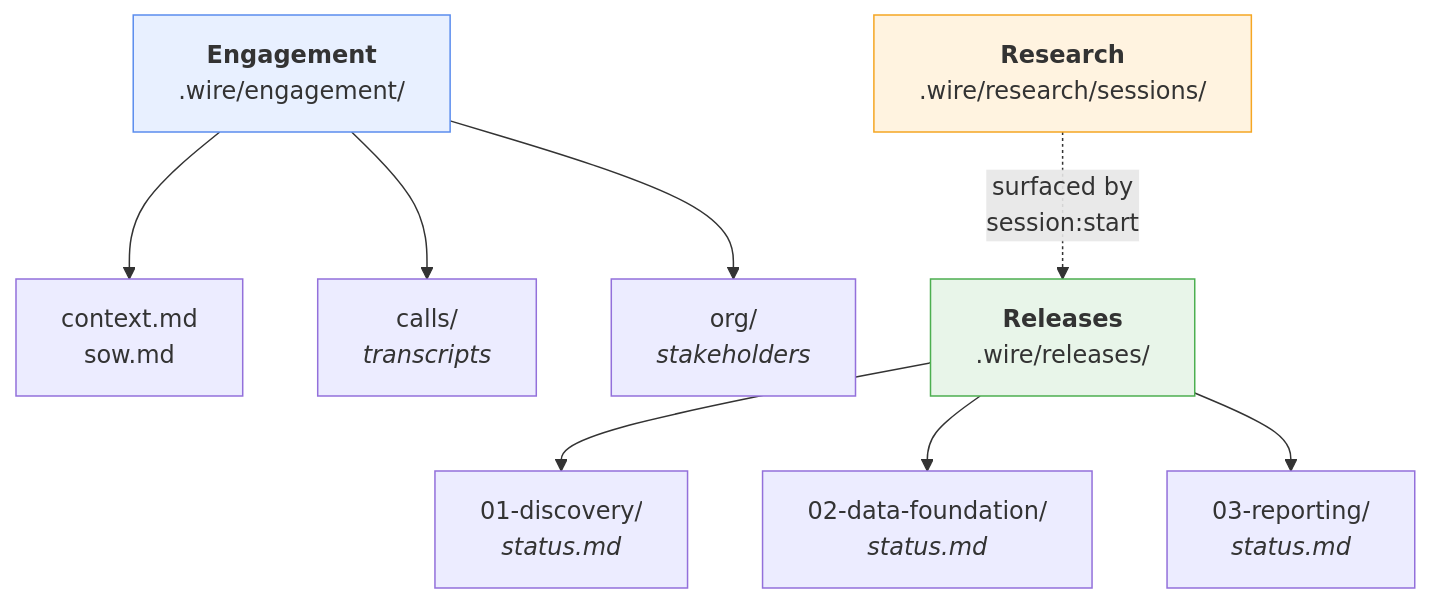
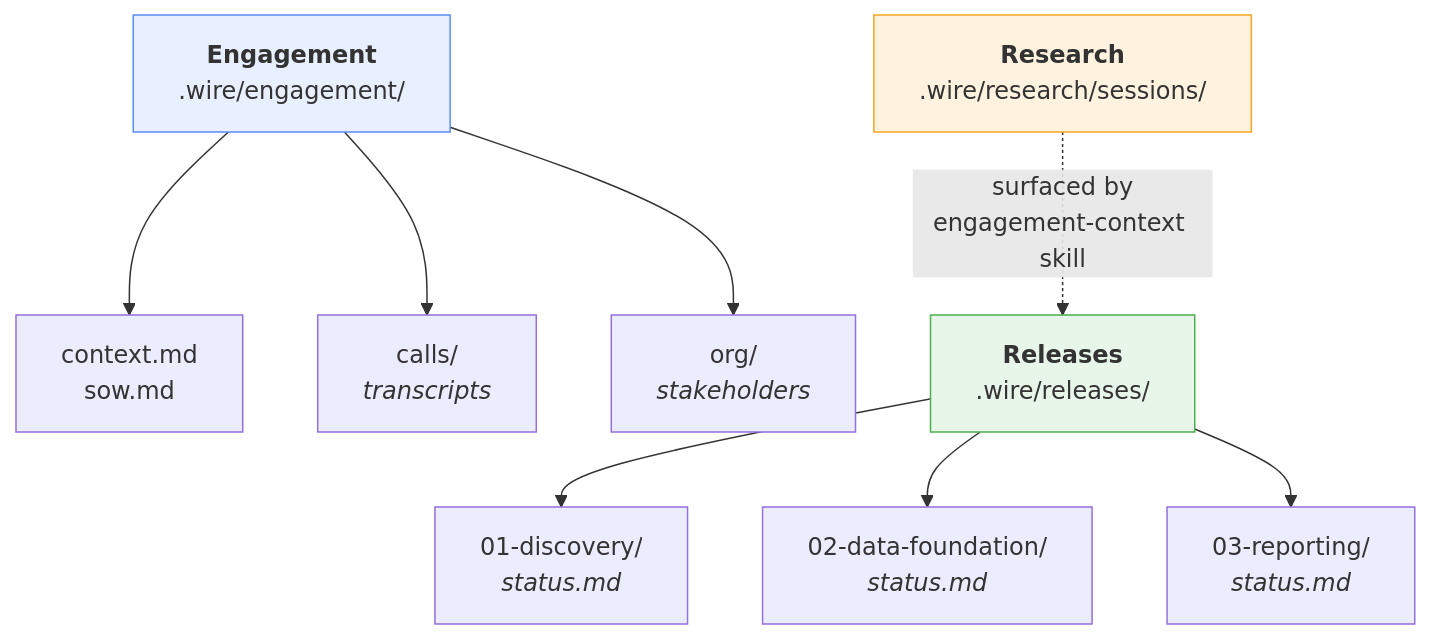
Before and after one commit to rittmananalytics/wire-plugin: the second of 15 diagrams in USER_GUIDE.md, drawn with Mermaid. The commit also changed other lines of this file and 192 other files, not shown here.

````diff
--- a/USER_GUIDE.md
+++ b/USER_GUIDE.md
@@ -150,24 +153,24 @@
 ```mermaid
 graph TD
     ENG["<b>Engagement</b><br/>.wire/engagement/"]
     SOW["context.md<br/>sow.md"]
     CALLS["calls/<br/><i>transcripts</i>"]
     ORG["org/<br/><i>stakeholders</i>"]
     RESEARCH["<b>Research</b><br/>.wire/research/sessions/"]
     RELEASES["<b>Releases</b><br/>.wire/releases/"]
     R1["01-discovery/<br/><i>status.md</i>"]
     R2["02-data-foundation/<br/><i>status.md</i>"]
     R3["03-reporting/<br/><i>status.md</i>"]
 
     ENG --> SOW
     ENG --> CALLS
     ENG --> ORG
-    RESEARCH -.->|"surfaced by<br/>session:start"| RELEASES
+    RESEARCH -.->|"surfaced by<br/>engagement-context skill"| RELEASES
     RELEASES --> R1
     RELEASES --> R2
     RELEASES --> R3
 
     style ENG fill:#e8f0ff,stroke:#5b8dee
     style RESEARCH fill:#fff3e0,stroke:#f5a623
     style RELEASES fill:#e8f5e9,stroke:#4caf50
 ```
````
